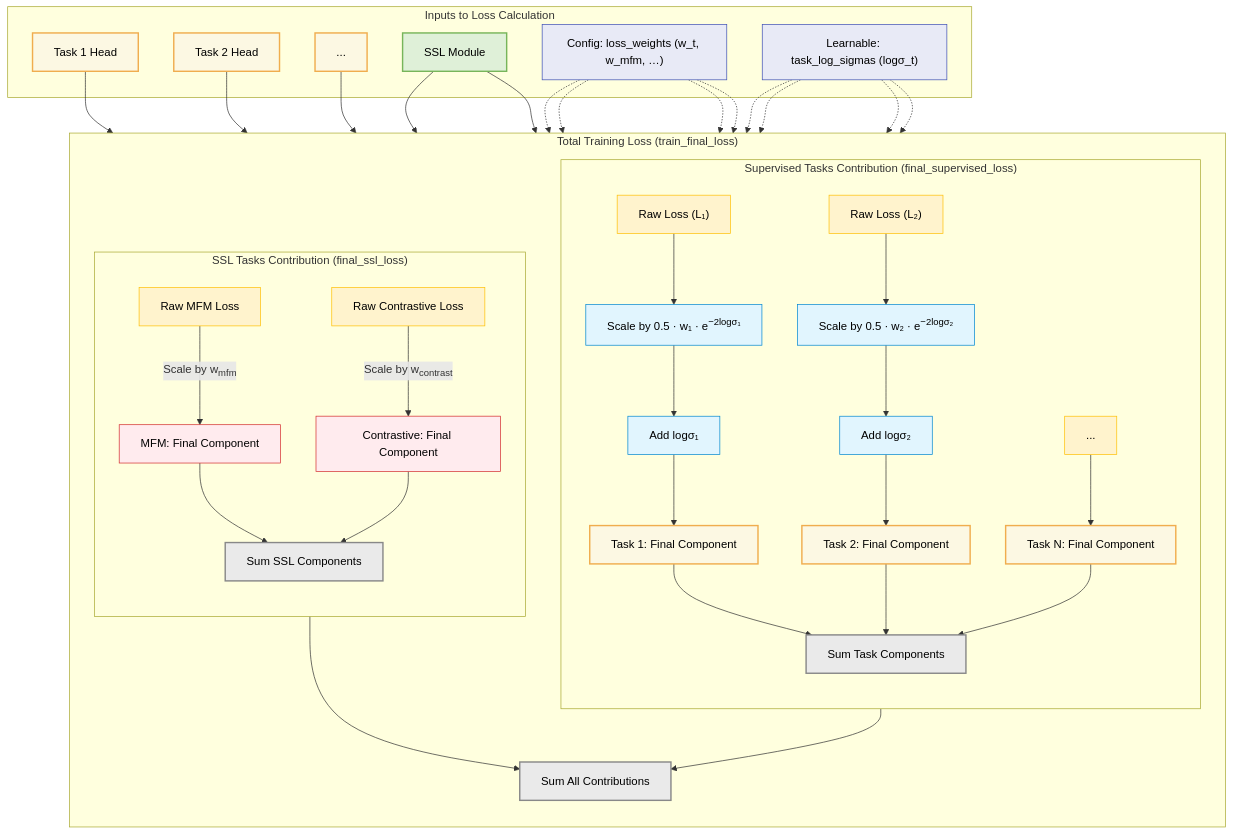
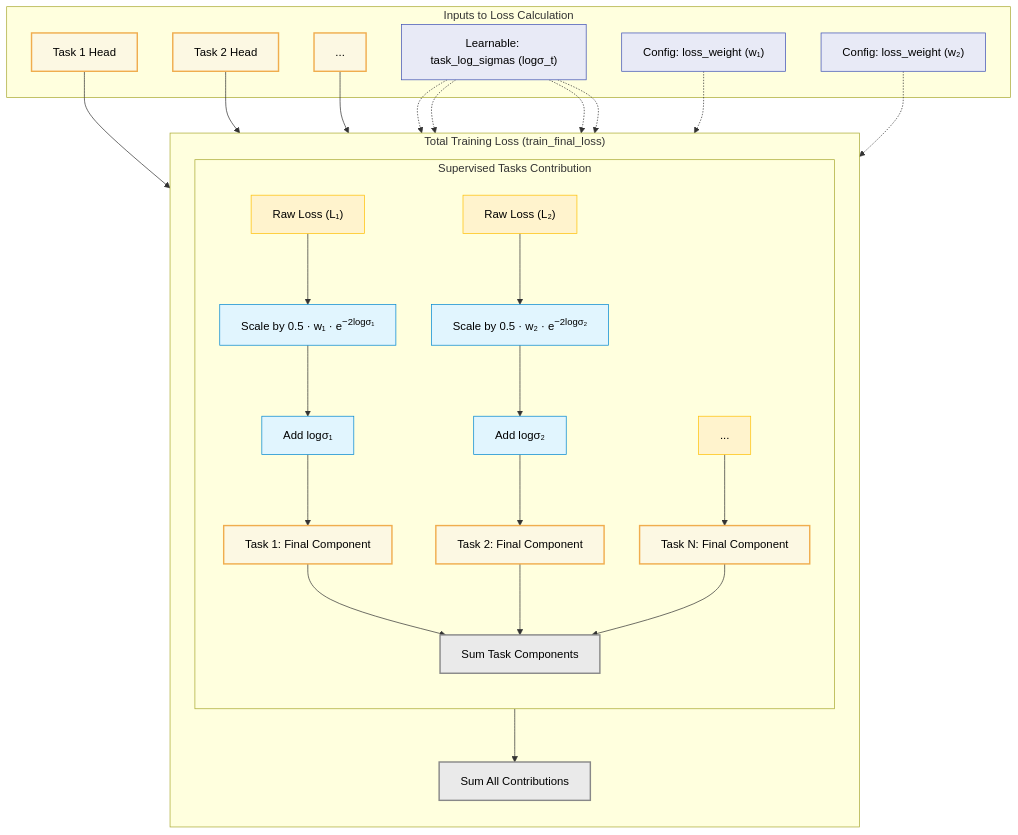
The second of 2 diagrams in ARCHITECTURE.md (TsumiNa/foundation_model), drawn with Mermaid before and after one commit. The commit also changed other lines of this file and 16 other files, not shown here.

First line of the commit message:
Refactor loss weight configuration in multi-task model

````diff
--- a/ARCHITECTURE.md
+++ b/ARCHITECTURE.md
@@ -249,7 +247,7 @@
         SumLosses["Sum All Contributions"]:::output
 
         %% ---------- Supervised tasks ----------
-        subgraph SupervisedLosses["Supervised Tasks Contribution (final_supervised_loss)"]
+        subgraph SupervisedLosses["Supervised Tasks Contribution"]
             direction TB
             SumSupervised["Sum Task Components"]:::output
             Task1_Final["Task&nbsp;1: Final Component"]:::taskhead
@@ -270,23 +268,7 @@
             Task2_Final --> SumSupervised
             TaskN_Final --> SumSupervised
         end
-
-        %% ---------- SSL tasks ----------
-        subgraph SSLLosses["SSL Tasks Contribution (final_ssl_loss)"]
-            direction TB
-            SumSSL["Sum SSL Components"]:::output
-            SSL_MFM_Final["MFM: Final Component"]:::sslcomp
-            SSL_Contrast_Final["Contrastive: Final Component"]:::sslcomp
-            
-            SSL_MFM_Raw["Raw MFM Loss"]:::rawloss -- "Scale by w<sub>mfm</sub>" --> SSL_MFM_Final
-            SSL_Contrast_Raw["Raw Contrastive Loss"]:::rawloss -- "Scale by w<sub>contrast</sub>" --> SSL_Contrast_Final
-            
-            SSL_MFM_Final --> SumSSL
-            SSL_Contrast_Final --> SumSSL
-        end
-        
         SumSupervised --> SumLosses
-        SumSSL --> SumLosses
     end
 
     %% ---------- Inputs ----------
@@ -295,36 +277,26 @@
         L2_Head["Task 2 Head"]:::taskhead --> Task2_Raw
         LN_Head["..."]:::taskhead --> TaskN_Raw
         
-        SSL_Module["SSL Module"]:::foundation --> SSL_MFM_Raw
-        SSL_Module --> SSL_Contrast_Raw
-        
-        Config_LossWeights["Config: loss_weights (w_t, w_mfm, …)"]:::inputsrc -.-> Op1_Scale
-        Config_LossWeights -.-> Op2_Scale
-        Config_LossWeights -.-> SSL_MFM_Final
-        Config_LossWeights -.-> SSL_Contrast_Final
-        
         Learnable_LogSigmas["Learnable: task_log_sigmas (logσ_t)"]:::inputsrc -.-> Op1_Scale
         Learnable_LogSigmas -.-> Op1_AddReg
         Learnable_LogSigmas -.-> Op2_Scale
         Learnable_LogSigmas -.-> Op2_AddReg
+        LossWeight1["Config: loss_weight (w₁)"]:::inputsrc -.-> Op1_Scale
+        LossWeight2["Config: loss_weight (w₂)"]:::inputsrc -.-> Op2_Scale
     end
 
     %% ---------- Style definitions ----------
     classDef output      fill:#EAEAEA,stroke:#888888,stroke-width:2px,color:#000;
     classDef taskhead    fill:#FCF8E3,stroke:#F0AD4E,stroke-width:2px,color:#000;
-    classDef foundation  fill:#DFF0D8,stroke:#77B55A,stroke-width:2px,color:#000;
     classDef rawloss     fill:#FFF3CD,stroke:#FFC107,stroke-width:1px,color:#000;
     classDef operation   fill:#E1F5FE,stroke:#0288D1,stroke-width:1px,color:#000;
-    classDef sslcomp     fill:#FFEBEE,stroke:#D32F2F,stroke-width:1px,color:#000;
     classDef inputsrc    fill:#E8EAF6,stroke:#3F51B5,stroke-width:1px,color:#000;
 
     %% ---------- Class assignments ----------
     class Task1_Final,Task2_Final,TaskN_Final taskhead
-    class SSL_MFM_Final,SSL_Contrast_Final sslcomp
-    class SumLosses,SumSupervised,SumSSL output
+    class SumLosses,SumSupervised output
     class L1_Head,L2_Head,LN_Head taskhead
-    class SSL_Module foundation
-    class Config_LossWeights,Learnable_LogSigmas inputsrc
-    class Task1_Raw,Task2_Raw,TaskN_Raw,SSL_MFM_Raw,SSL_Contrast_Raw rawloss
+    class Learnable_LogSigmas,LossWeight1,LossWeight2 inputsrc
+    class Task1_Raw,Task2_Raw,TaskN_Raw rawloss
     class Op1_Scale,Op1_AddReg,Op2_Scale,Op2_AddReg operation
 ```
````
